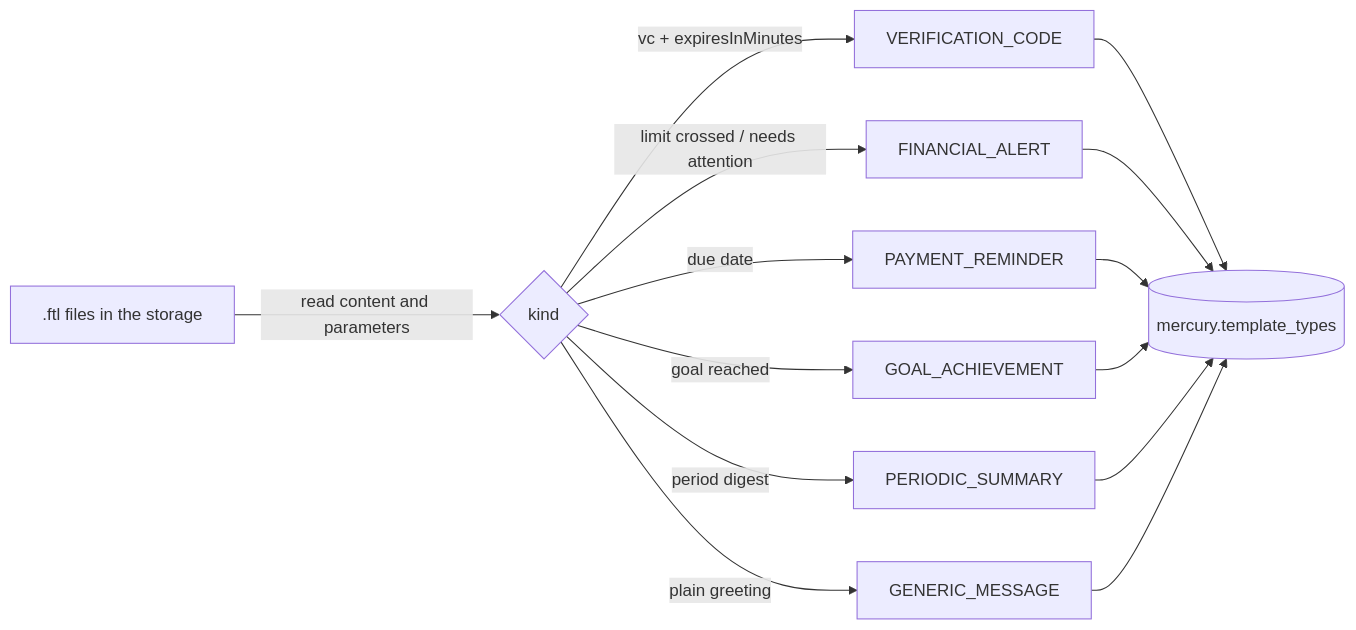
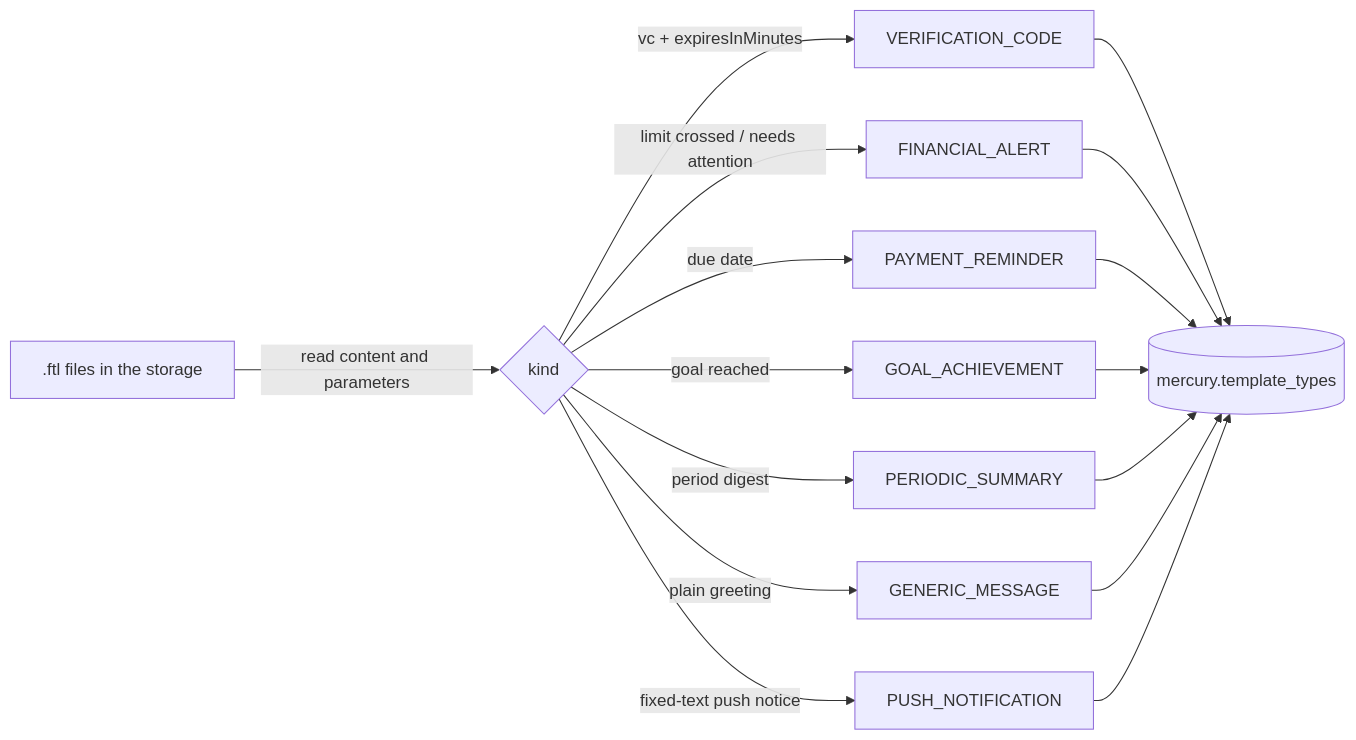
Before and after one commit to um-dev-creative/mercury: the diagram in docs/tec/en/13-template-types.md, drawn with Mermaid. The commit also changed other lines of this file and 52 other files, not shown here.

````diff
--- a/docs/tec/en/13-template-types.md
+++ b/docs/tec/en/13-template-types.md
@@ -16,11 +17,12 @@
 ```mermaid
 flowchart LR
   F[".ftl files in the storage"] -->|read content and parameters| K{"kind"}
   K -->|"vc + expiresInMinutes"| V[VERIFICATION_CODE]
   K -->|"limit crossed / needs attention"| A[FINANCIAL_ALERT]
   K -->|"due date"| P[PAYMENT_REMINDER]
   K -->|"goal reached"| G[GOAL_ACHIEVEMENT]
   K -->|"period digest"| S[PERIODIC_SUMMARY]
   K -->|"plain greeting"| M[GENERIC_MESSAGE]
-  V & A & P & G & S & M --> T[("mercury.template_types")]
+  K -->|"fixed-text push notice"| PN[PUSH_NOTIFICATION]
+  V & A & P & G & S & M & PN --> T[("mercury.template_types")]
 ```
````
